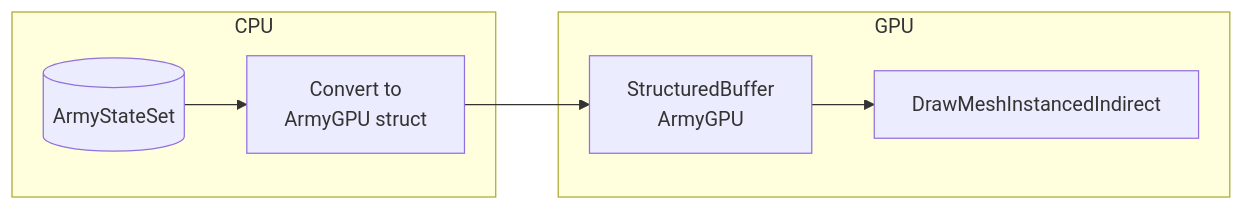
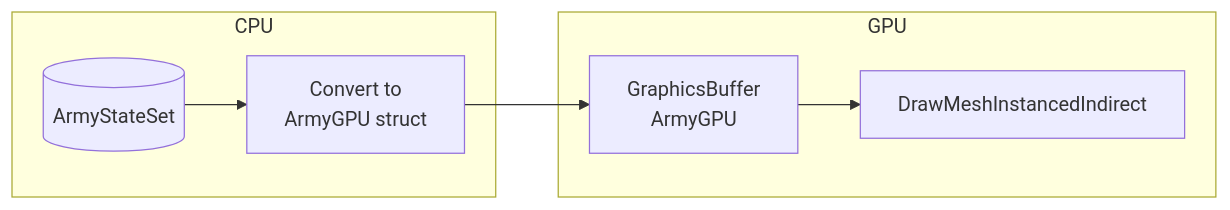
One commit to tang3cko/ReactiveSO-docs changed the third of 5 diagrams in en/samples/tiny-history-demo/reactive-entity-sets.md. Above: the diagram before and after it, drawn with Mermaid. The commit also changed other lines of this file and 5 other files, not shown here.

````diff
--- a/en/samples/tiny-history-demo/reactive-entity-sets.md
+++ b/en/samples/tiny-history-demo/reactive-entity-sets.md
@@ -139,14 +139,14 @@
 ```mermaid
 graph LR
     subgraph "CPU"
         A_SET[(ArmyStateSet)]
         CONV[Convert to<br/>ArmyGPU struct]
     end
 
     subgraph "GPU"
-        A_BUF[StructuredBuffer<br/>ArmyGPU]
+        A_BUF[GraphicsBuffer<br/>ArmyGPU]
         INST[DrawMeshInstancedIndirect]
     end
 
     A_SET --> CONV --> A_BUF --> INST
 ```
````
